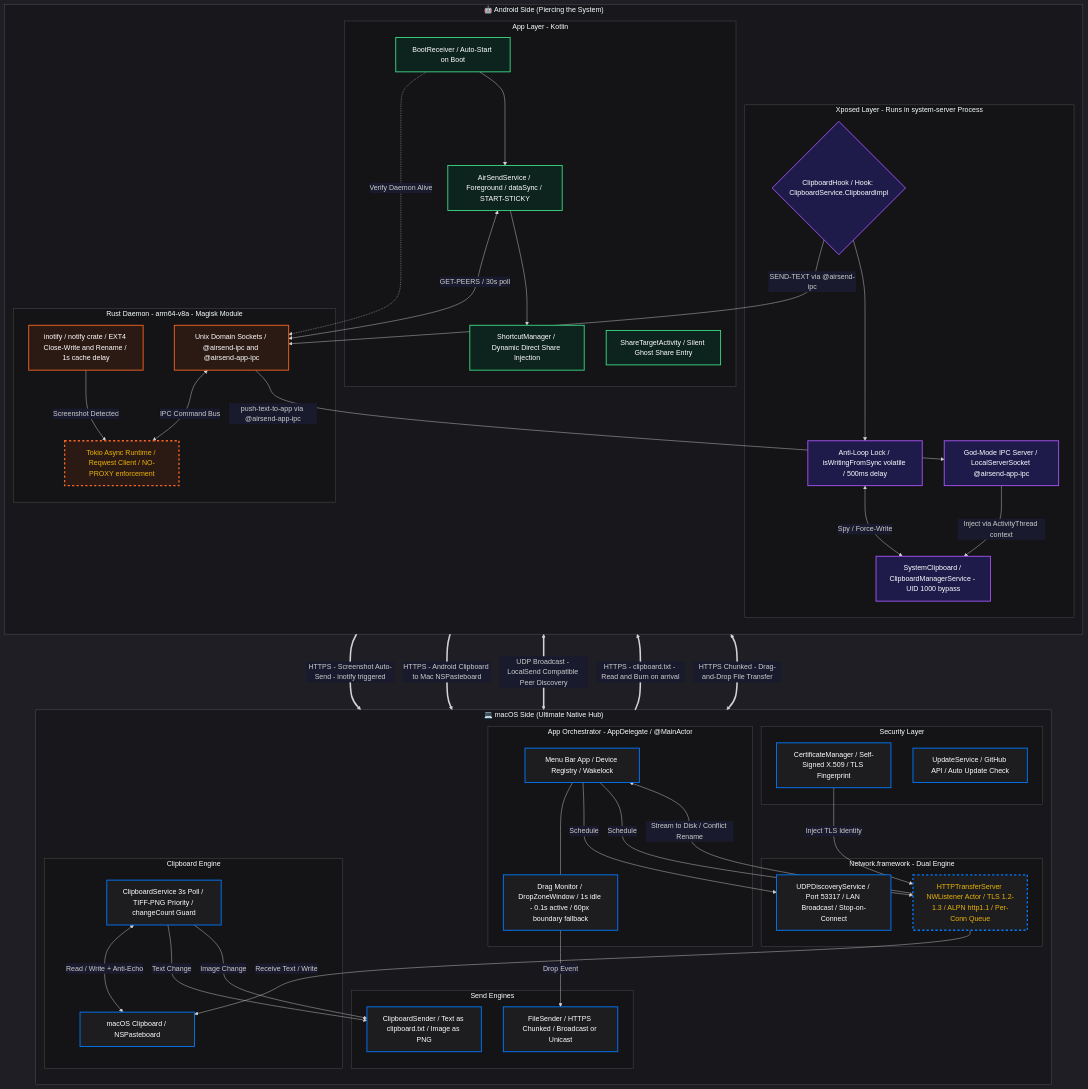
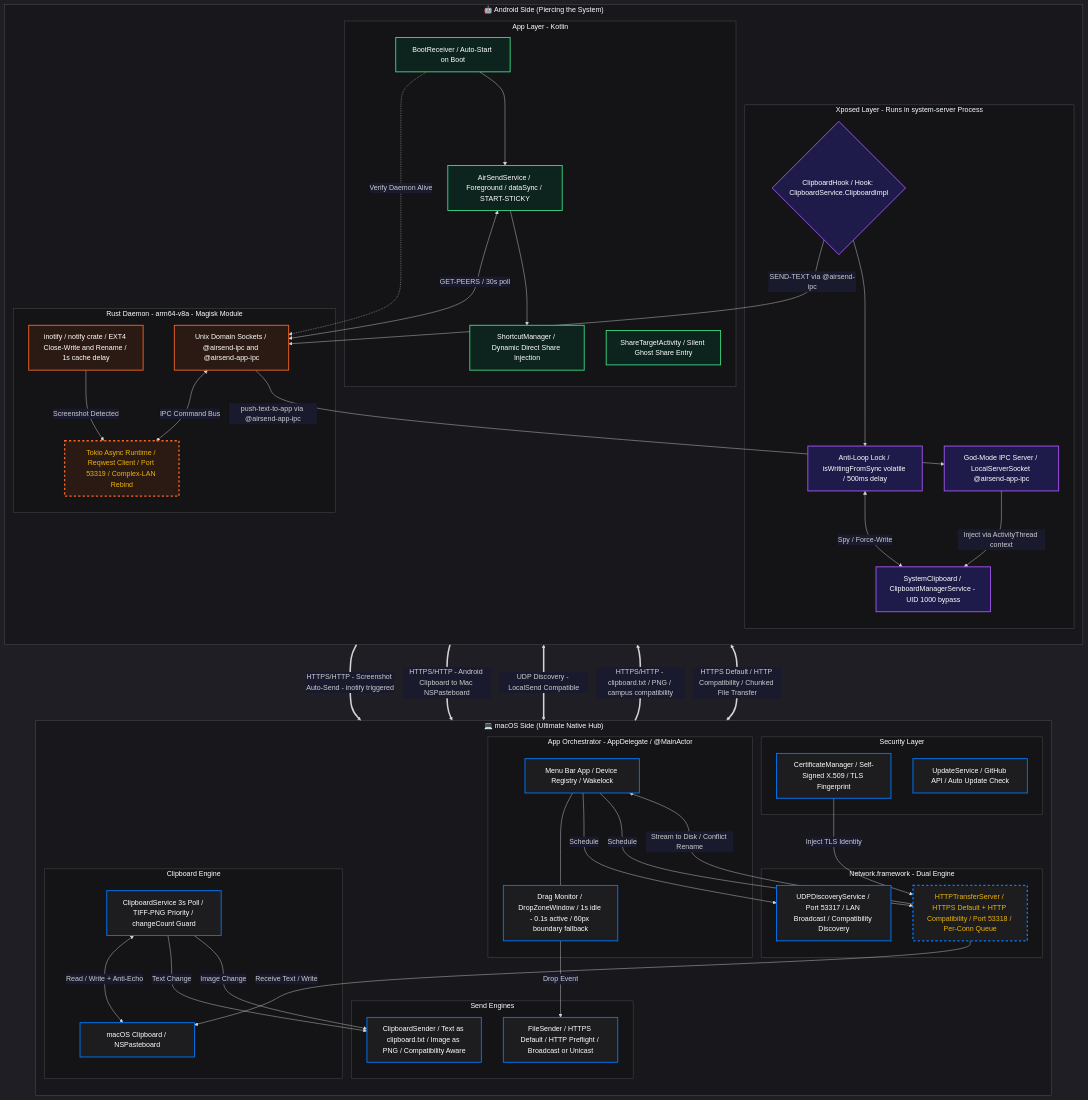
Before and after one commit to Avi7ii/AirSend: the diagram in README_en.md, drawn with Mermaid. The commit also changed other lines of this file and 34 other files, not shown here.

````diff
--- a/README_en.md
+++ b/README_en.md
@@ -136,14 +150,14 @@
         end
 
         subgraph Mac_Network ["Network.framework - Dual Engine"]
-            UDP_Disc["UDPDiscoveryService / Port 53317 / LAN Broadcast / Stop-on-Connect"]:::mac_node
-            HTTP_Trans["HTTPTransferServer NWListener Actor / TLS 1.2-1.3 / ALPN http1.1 / Per-Conn Queue"]:::mac_node
+            UDP_Disc["UDPDiscoveryService / Port 53317 / LAN Broadcast / Compatibility Discovery"]:::mac_node
+            HTTP_Trans["HTTPTransferServer / HTTPS Default + HTTP Compatibility / Port 53318 / Per-Conn Queue"]:::mac_node
             CertMgr -->|"Inject TLS Identity"| HTTP_Trans
         end
 
         subgraph Mac_Send ["Send Engines"]
-            FileSender["FileSender / HTTPS Chunked / Broadcast or Unicast"]:::mac_node
-            ClipSender["ClipboardSender / Text as clipboard.txt / Image as PNG"]:::mac_node
+            FileSender["FileSender / HTTPS Default / HTTP Preflight / Broadcast or Unicast"]:::mac_node
+            ClipSender["ClipboardSender / Text as clipboard.txt / Image as PNG / Compatibility Aware"]:::mac_node
         end
 
         subgraph Mac_Clipboard ["Clipboard Engine"]
@@ -188,7 +202,7 @@
 
         subgraph Rust_Daemon ["Rust Daemon - arm64-v8a - Magisk Module"]
             inotify["inotify / notify crate / EXT4 Close-Write and Rename / 1s cache delay"]:::daemon_node
-            TokioCore["Tokio Async Runtime / Reqwest Client / NO-PROXY enforcement"]:::daemon_node
+            TokioCore["Tokio Async Runtime / Reqwest Client / Port 53319 / Complex-LAN Rebind"]:::daemon_node
             UDSServer["Unix Domain Sockets / @airsend-ipc and @airsend-app-ipc"]:::daemon_node
             inotify -->|"Screenshot Detected"| TokioCore
             UDSServer <-->|"IPC Command Bus"| TokioCore
@@ -203,10 +217,10 @@
     %% ==========================================
     %% Part 3: LAN Cross-Border Flows
     %% ==========================================
-    UDP_Disc <===>|"UDP Broadcast - LocalSend Compatible Peer Discovery"| TokioCore:::protocol_line
-    TokioCore ==>|"HTTPS - Screenshot Auto-Send - inotify triggered"| HTTP_Trans:::protocol_line
-    ClipSender ==>|"HTTPS - clipboard.txt - Read and Burn on arrival"| TokioCore:::protocol_line
-    TokioCore ==>|"HTTPS - Android Clipboard to Mac NSPasteboard"| HTTP_Trans:::protocol_line
-    FileSender <==>|"HTTPS Chunked - Drag-and-Drop File Transfer"| TokioCore:::protocol_line
+    UDP_Disc <===>|"UDP Discovery - LocalSend Compatible"| TokioCore:::protocol_line
+    TokioCore ==>|"HTTPS/HTTP - Screenshot Auto-Send - inotify triggered"| HTTP_Trans:::protocol_line
+    ClipSender ==>|"HTTPS/HTTP - clipboard.txt / PNG / campus compatibility"| TokioCore:::protocol_line
+    TokioCore ==>|"HTTPS/HTTP - Android Clipboard to Mac NSPasteboard"| HTTP_Trans:::protocol_line
+    FileSender <==>|"HTTPS Default / HTTP Compatibility / Chunked File Transfer"| TokioCore:::protocol_line
 
 ```
````
